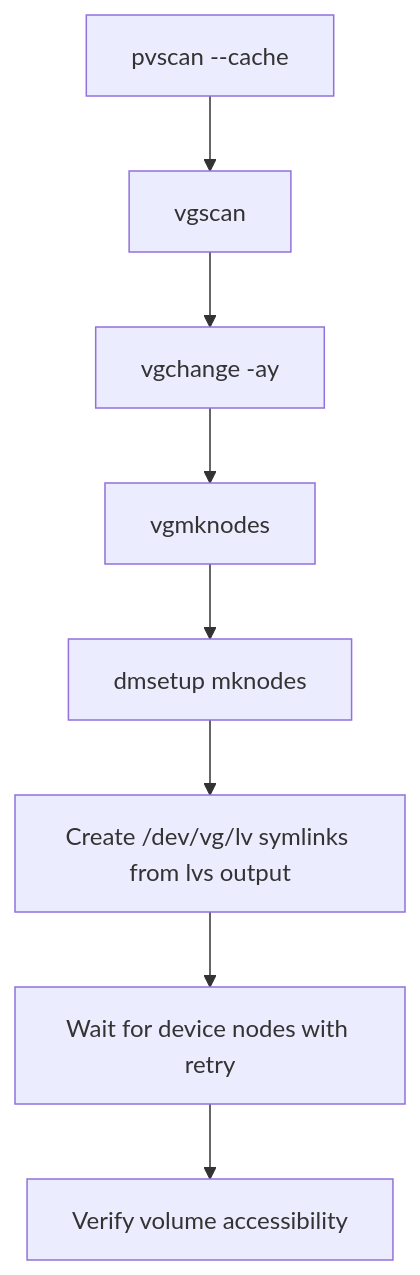
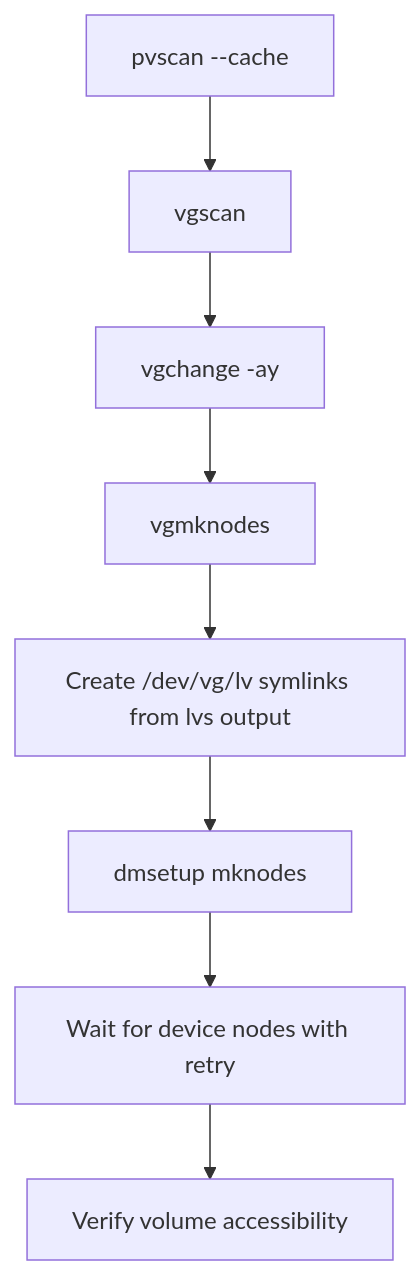
The sixth of 11 diagrams in docs/boot-flow.md (zaolin/vanguard), drawn with Mermaid before and after one commit. The commit also changed other lines of this file and 77 other files, not shown here.

````diff
--- a/docs/boot-flow.md
+++ b/docs/boot-flow.md
@@ -174,10 +174,10 @@
 ```mermaid
 flowchart TD
     A[pvscan --cache] --> B[vgscan]
     B --> C[vgchange -ay]
     C --> D[vgmknodes]
-    D --> E[dmsetup mknodes]
-    E --> F[Create /dev/vg/lv symlinks from lvs output]
+    D --> E[Create /dev/vg/lv symlinks from lvs output]
+    E --> F[dmsetup mknodes]
     F --> G[Wait for device nodes with retry]
     G --> H[Verify volume accessibility]
 ```
````
